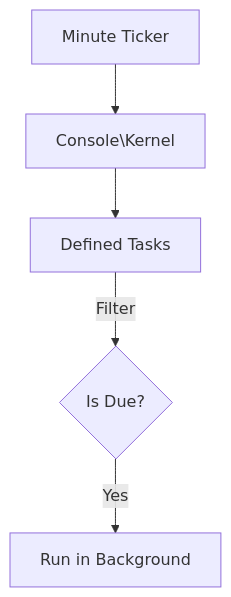
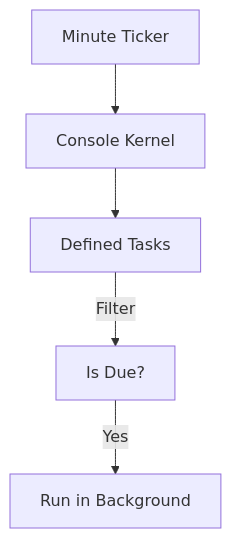
Diagram 26 of 50 in diagrams/50-comprehensive-diagrams.md (subhashladumor1/laravel-mastery-roadmap), drawn with Mermaid before and after one commit. The commit also changed other lines of this file and 3 other files, not shown here.

First line of the commit message:
diagrams

````diff
--- a/diagrams/50-comprehensive-diagrams.md
+++ b/diagrams/50-comprehensive-diagrams.md
@@ -275,7 +275,7 @@
 ```mermaid
 graph TD
-    Timer[Minute Ticker] --> Schedule[Console\Kernel]
+    Timer[Minute Ticker] --> Schedule[Console Kernel]
     Schedule --> Tasks[Defined Tasks]
-    Tasks -->|Filter| Due{Is Due?}
+    Tasks -->|Filter| Due[Is Due?]
     Due -->|Yes| Process[Run in Background]
 ```
````
